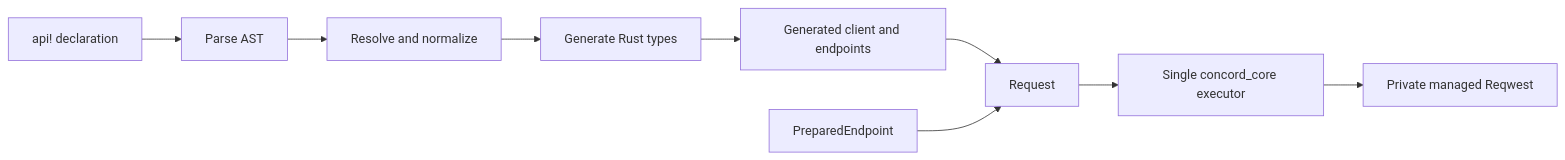
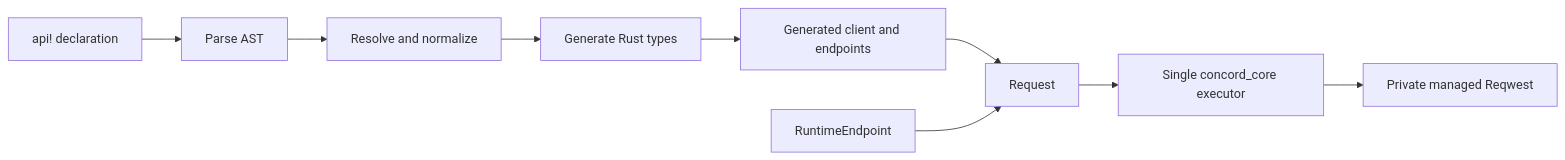
Before and after one commit to gqsnt/concord_api: the first of 3 diagrams in docs/developer/architecture-and-contributing.md, drawn with Mermaid. The commit also changed other lines of this file and 95 other files, not shown here.

````diff
--- a/docs/developer/architecture-and-contributing.md
+++ b/docs/developer/architecture-and-contributing.md
@@ -82,11 +82,11 @@
 ```mermaid
 flowchart LR
     A[api! declaration] --> B[Parse AST]
     B --> C[Resolve and normalize]
     C --> D[Generate Rust types]
     D --> E[Generated client and endpoints]
     E --> F[Request<E>]
-    G[PreparedEndpoint<R>] --> F
+    G[RuntimeEndpoint<R>] --> F
     F --> H[Single concord_core executor]
     H --> I[Private managed Reqwest]
 ```
````
